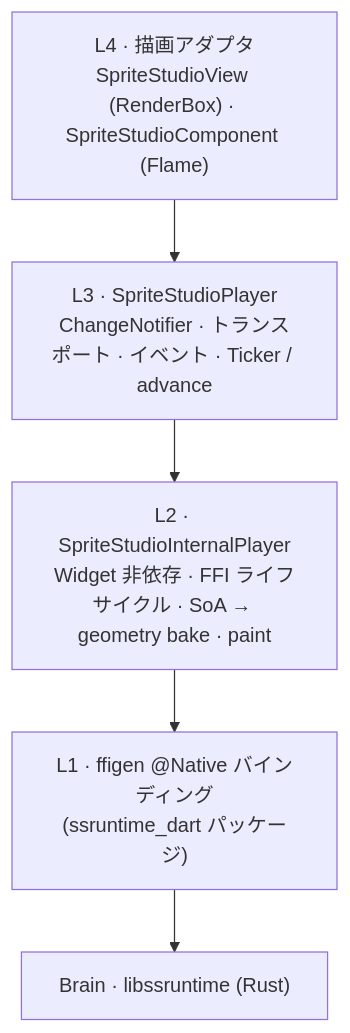
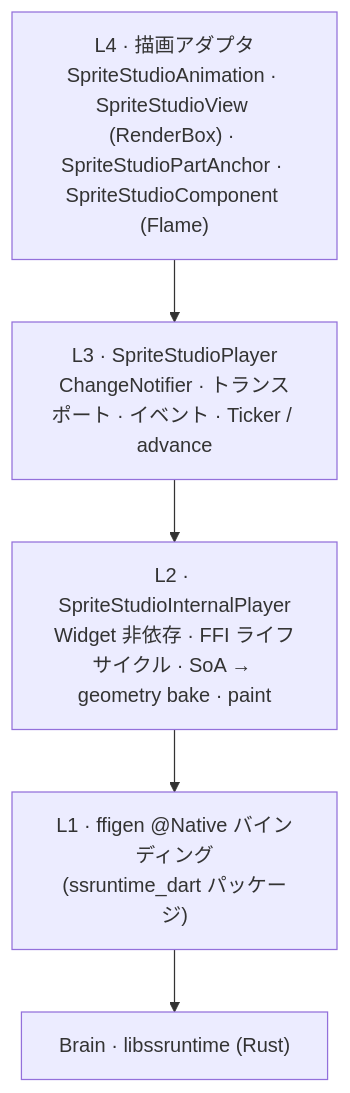
The diagram in docs/ja/contributing/architecture.md (cri-middleware/SSPlayerForFlutter), drawn with Mermaid before and after one commit. The commit also changed other lines of this file and 3 other files, not shown here.

````diff
--- a/docs/ja/contributing/architecture.md
+++ b/docs/ja/contributing/architecture.md
@@ -9,9 +9,9 @@
 ```mermaid
 flowchart TD
-    L4["L4 · 描画アダプタ<br/>SpriteStudioView (RenderBox) · SpriteStudioComponent (Flame)"]
+    L4["L4 · 描画アダプタ<br/>SpriteStudioAnimation · SpriteStudioView (RenderBox) · SpriteStudioPartAnchor · SpriteStudioComponent (Flame)"]
     L3["L3 · SpriteStudioPlayer<br/>ChangeNotifier · トランスポート · イベント · Ticker / advance"]
     L2["L2 · SpriteStudioInternalPlayer<br/>Widget 非依存 · FFI ライフサイクル · SoA → geometry bake · paint"]
     L1["L1 · ffigen @Native バインディング<br/>(ssruntime_dart パッケージ)"]
     Brain["Brain · libssruntime (Rust)"]
     L4 --> L3 --> L2 --> L1 --> Brain
 ```
````
